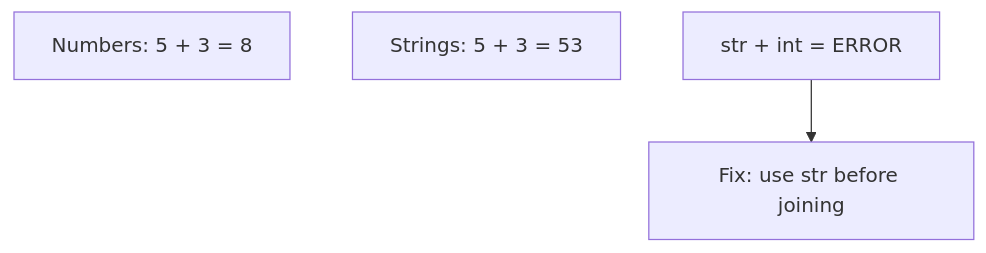
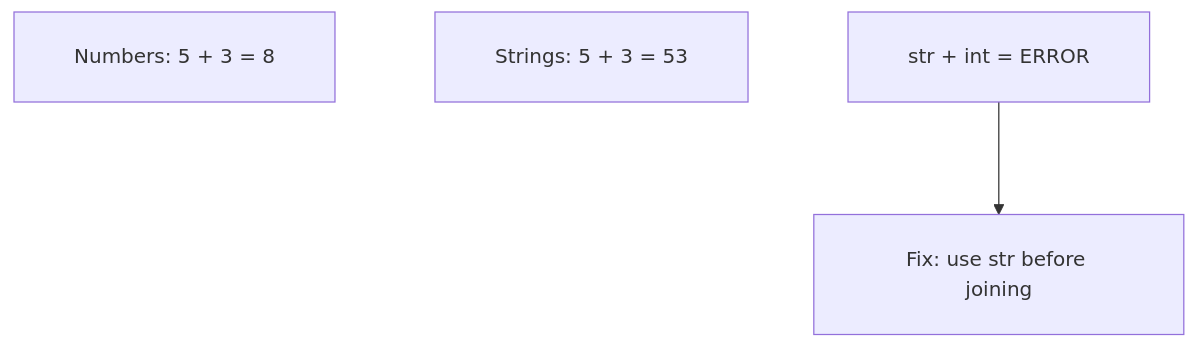
Before and after one commit to ABVenu/salcurriculum: the seventh of 8 diagrams in SAL-2026/Python Basics - English/S01/NotesPresentation.md, drawn with Mermaid. The commit also changed other lines of this file and 820 other files, not shown here.

````diff
--- a/SAL-2026/Python Basics - English/S01/NotesPresentation.md
+++ b/SAL-2026/Python Basics - English/S01/NotesPresentation.md
@@ -428,7 +713,8 @@
 ```mermaid
+%%{init: {"flowchart": {"htmlLabels": false, "curve": "basis", "padding": 24, "nodeSpacing": 80, "rankSpacing": 90, "diagramPadding": 48}}}%%
 flowchart TB
-  N[Numbers: 5 + 3 = 8]
-  S[Strings: 5 + 3 = 53]
-  E[str + int = ERROR]
-  E --> F[Fix: use str before joining]
+    N["  Numbers: 5 + 3 = 8  "]
+    S["  Strings: 5 + 3 = 53  "]
+    E["  str + int = ERROR  "]
+    E --> F["  Fix: use str before joining  "]
 ```
````
